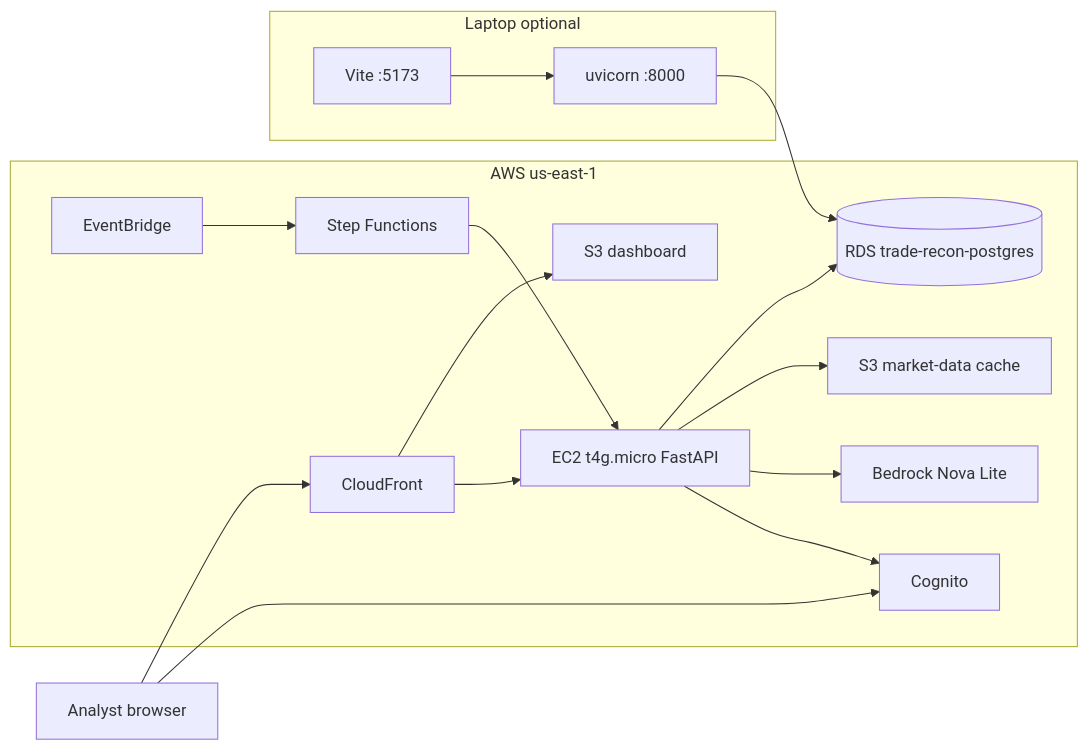
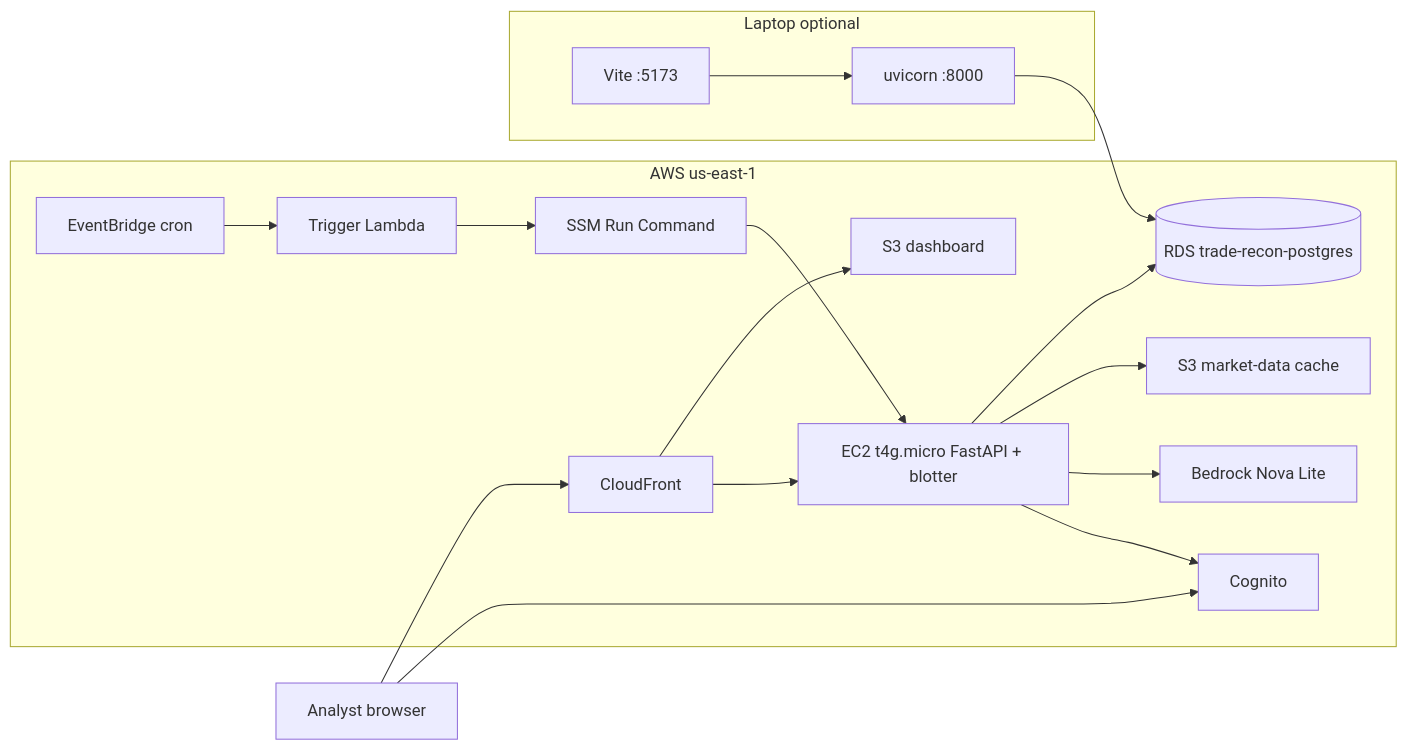
One commit to Garry-j-code/Trade_Reconciliation changed the diagram in README.md. Above: the diagram before and after it, drawn with Mermaid. The commit also changed other lines of this file, not shown here.

````diff
--- a/README.md
+++ b/README.md
@@ -235,30 +250,32 @@
 ```mermaid
 flowchart LR
   subgraph aws [AWS us-east-1]
     CF[CloudFront]
     S3UI[S3 dashboard]
     COG[Cognito]
-    EC2[EC2 t4g.micro FastAPI]
+    EC2[EC2 t4g.micro FastAPI + blotter]
     RDS[(RDS trade-recon-postgres)]
     MD[S3 market-data cache]
-    EB[EventBridge]
-    SFN[Step Functions]
+    EB[EventBridge cron]
+    LAM[Trigger Lambda]
+    SSM[SSM Run Command]
     BR[Bedrock Nova Lite]
     CF --> S3UI
     CF --> EC2
     EC2 --> RDS
     EC2 --> MD
     EC2 --> BR
     EC2 --> COG
-    EB --> SFN
-    SFN --> EC2
+    EB --> LAM
+    LAM --> SSM
+    SSM --> EC2
   end
   Analyst[Analyst browser] --> CF
   Analyst --> COG
   subgraph laptop [Laptop optional]
     VITE[Vite :5173]
     UV[uvicorn :8000]
     VITE --> UV
     UV --> RDS
   end
 ```
````
